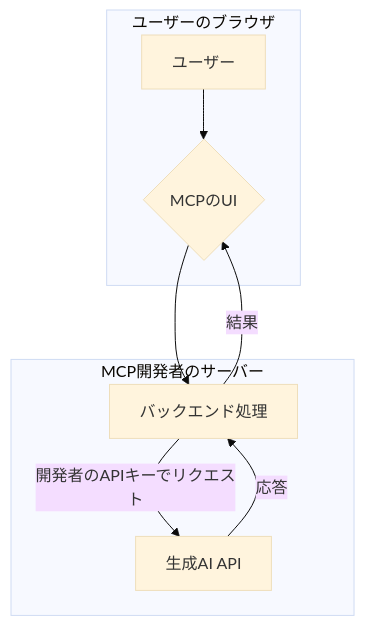
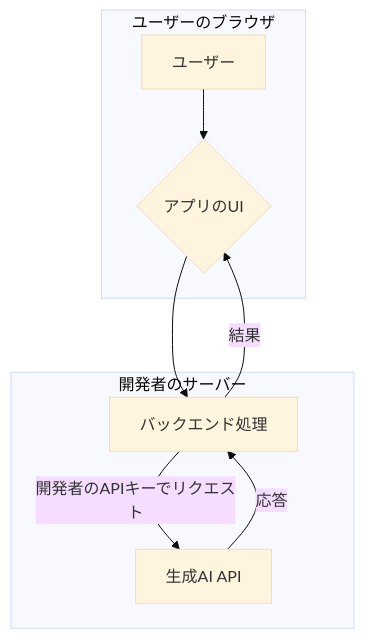
One commit to tomomira/comparisons changed the first of 2 diagrams in docs/ai-llm/mcp-api-payment-model.md. Above: the diagram before and after it, drawn with Mermaid (base theme). The commit also changed other lines of this file, not shown here.

````diff
--- a/docs/ai-llm/mcp-api-payment-model.md
+++ b/docs/ai-llm/mcp-api-payment-model.md
@@ -42,12 +67,12 @@
 ```mermaid
 graph TD
     subgraph "ユーザーのブラウザ"
-        A[ユーザー] --> B{MCPのUI}
+        A[ユーザー] --> B{アプリのUI}
     end
-    subgraph "MCP開発者のサーバー"
+    subgraph "開発者のサーバー"
         B --> C[バックエンド処理]
         C -- 開発者のAPIキーでリクエスト --> D[生成AI API]
     end
     D -- 応答 --> C
     C -- 結果 --> B
 ```
````
